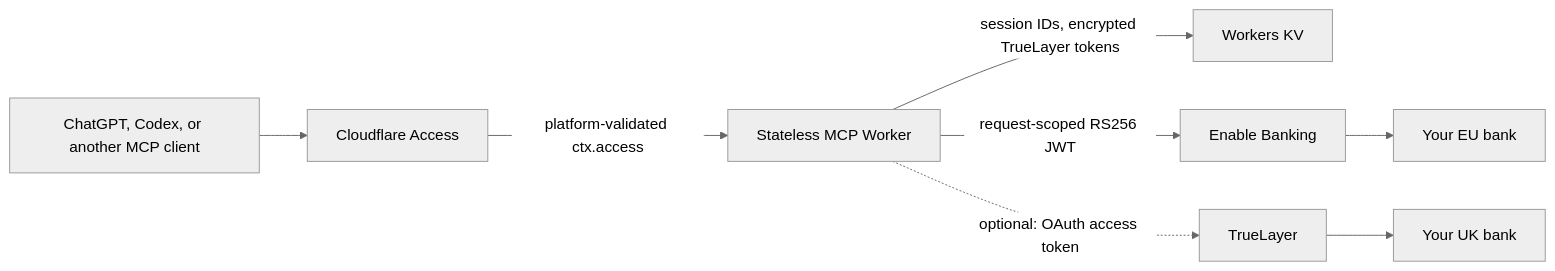
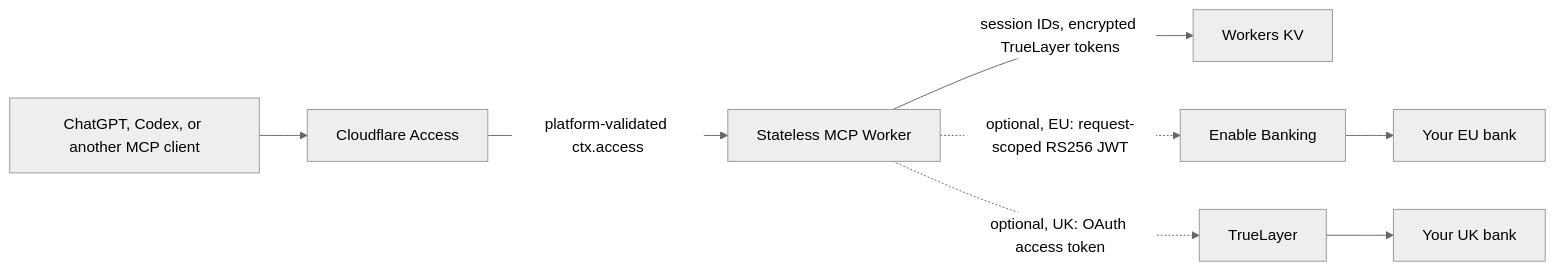
The diagram in README.md (cver-me/EU-Open-Banking-MCP), drawn with Mermaid (neutral theme) before and after one commit. The commit also changed other lines of this file and 45 other files, not shown here.

````diff
--- a/README.md
+++ b/README.md
@@ -32,10 +32,10 @@
 ```mermaid
 flowchart LR
   C[ChatGPT, Codex, or another MCP client] --> A[Cloudflare Access]
   A -->|platform-validated ctx.access| W[Stateless MCP Worker]
   W -->|session IDs, encrypted TrueLayer tokens| K[Workers KV]
-  W -->|request-scoped RS256 JWT| E[Enable Banking]
-  W -.->|optional: OAuth access token| T[TrueLayer]
+  W -.->|optional, EU: request-scoped RS256 JWT| E[Enable Banking]
+  W -.->|optional, UK: OAuth access token| T[TrueLayer]
   E --> B[Your EU bank]
   T --> U[Your UK bank]
 ```
````
